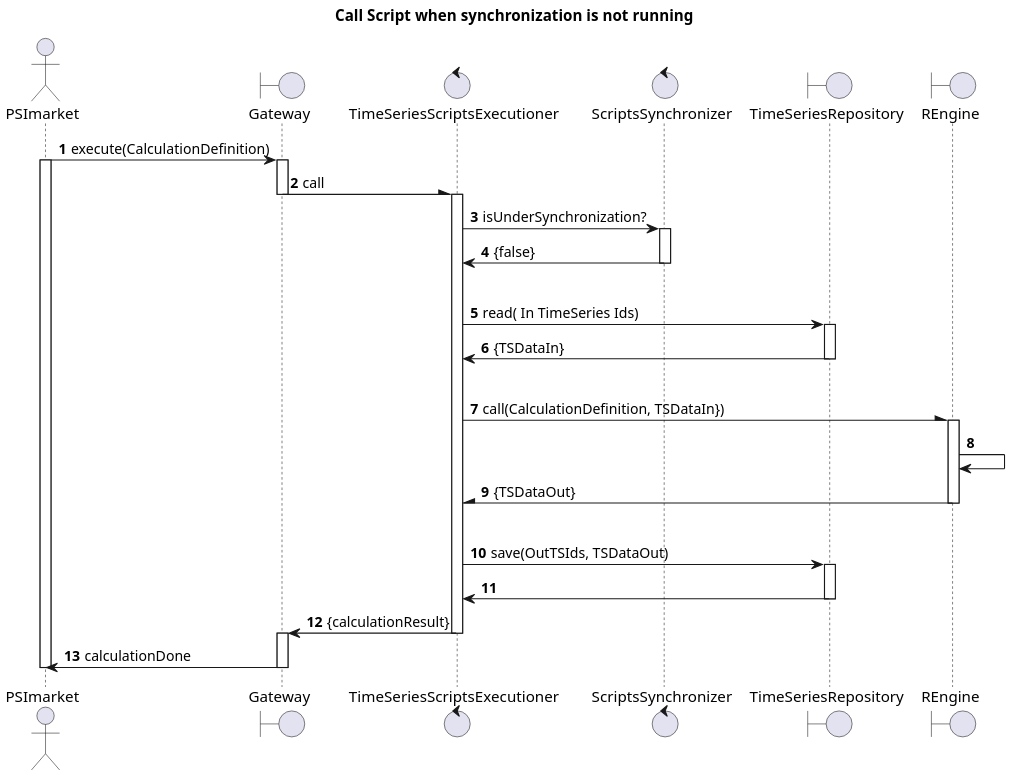
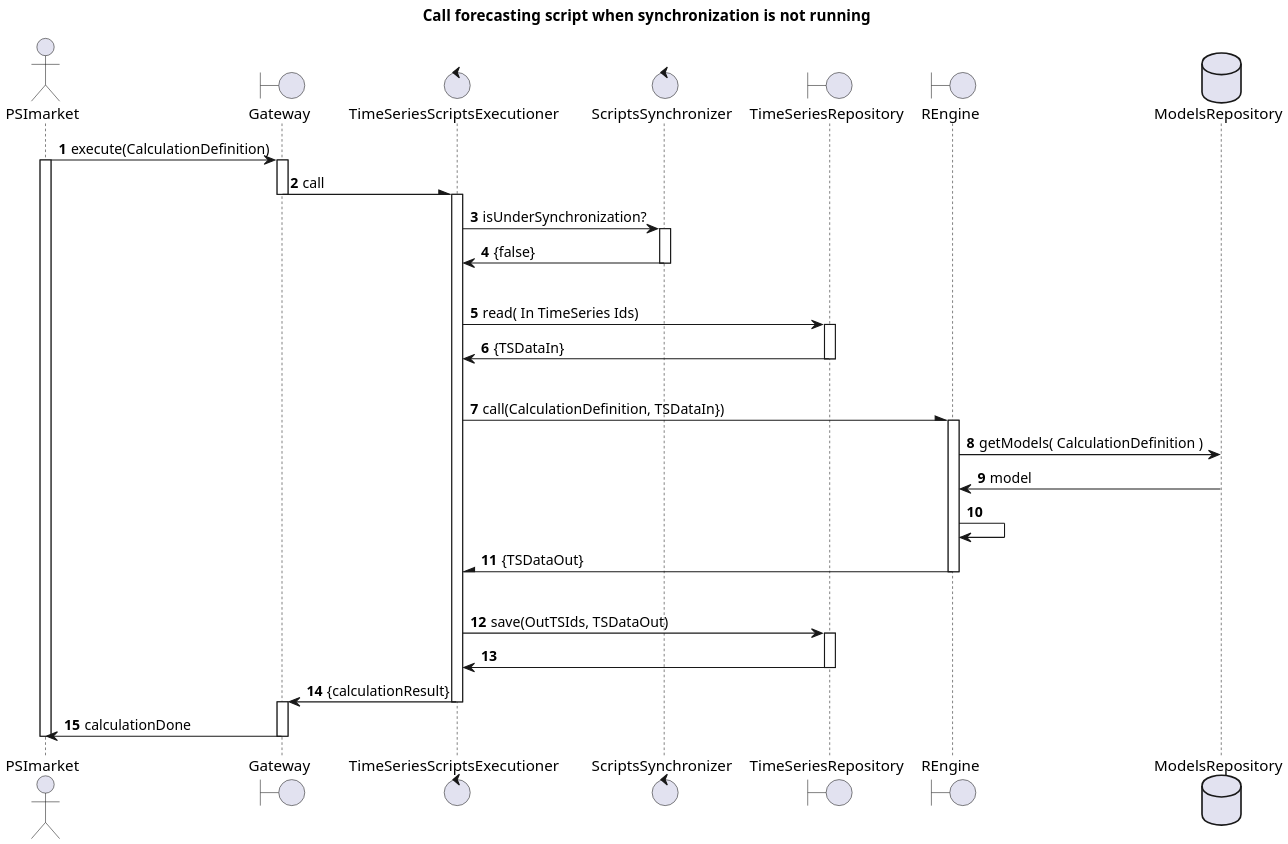
Before and after one commit to PSI-Polska/aaas-java6: the diagram in doc/useCases/AKT-1238/1.0 withTimeSeriesAndScriptsRepository.plantuml, drawn with PlantUML. The commit also changed 3 other files, not shown here.

```diff
--- a/doc/useCases/AKT-1238/1.0 withTimeSeriesAndScriptsRepository.plantuml
+++ b/doc/useCases/AKT-1238/1.0 withTimeSeriesAndScriptsRepository.plantuml
@@ -1,48 +1,51 @@
 @startuml
 skinparam dpi 200
 skinparam backgroundColor transparent
 
-title Call Script when synchronization is not running
+title Call forecasting script when synchronization is not running
 
 actor PSImarket
 boundary Gateway
 control TimeSeriesScriptsExecutioner as Executioner
 control ScriptsSynchronizer as Synchronizer
 boundary TimeSeriesRepository as TSRepo
 boundary REngine as Engine
+database ModelsRepository as Models
 
 autonumber
 PSImarket -> Gateway: execute(CalculationDefinition)
 activate PSImarket
 activate Gateway
 Gateway -\ Executioner: call
 deactivate Gateway
 activate Executioner
 Executioner -> Synchronizer: isUnderSynchronization?
 activate Synchronizer
 Synchronizer -> Executioner: {false}
 deactivate Synchronizer
 ||||
 Executioner -> TSRepo: read( In TimeSeries Ids)
 activate TSRepo
 TSRepo -> Executioner: {TSDataIn}
 deactivate TSRepo
 ||||
 Executioner -\ Engine: call(CalculationDefinition, TSDataIn})
 activate Engine
-Engine -> Engine
+Engine -> Models: getModels( CalculationDefinition )
+Models -> Engine: model
+Engine -> Engine: 
 Engine -\ Executioner: {TSDataOut}
 deactivate Engine
 ||||
 Executioner -> TSRepo: save(OutTSIds, TSDataOut)
 activate TSRepo
 TSRepo -> Executioner
 deactivate TSRepo
 Executioner -> Gateway: {calculationResult}
 deactivate Executioner
 activate Gateway
 Gateway -> PSImarket: calculationDone
 deactivate Gateway
 deactivate PSImarket
 
 @enduml
```
